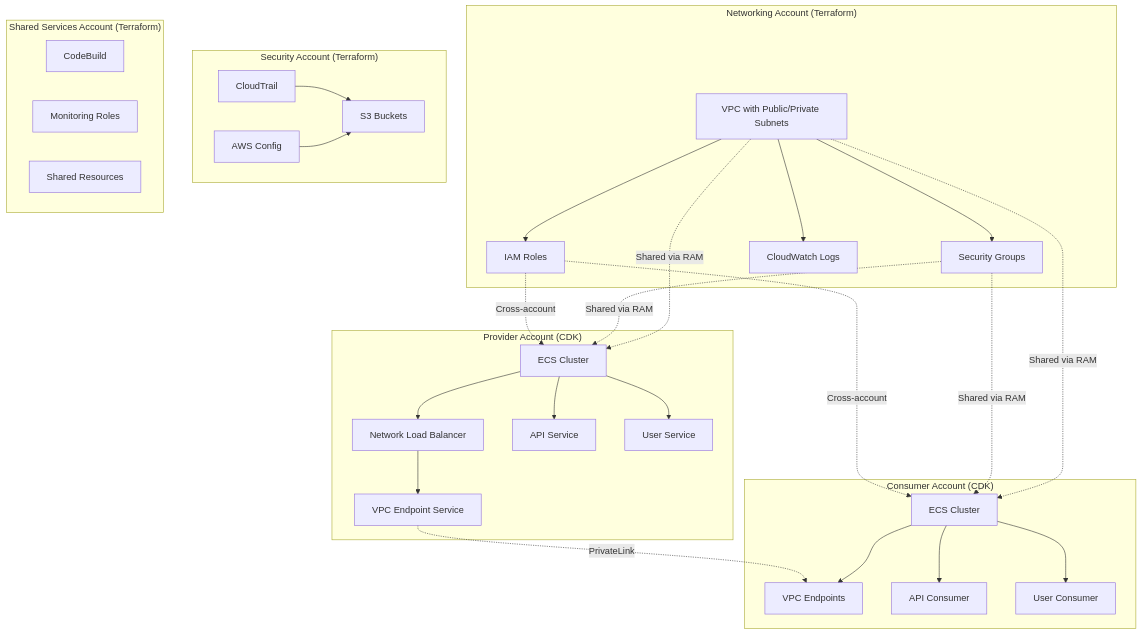
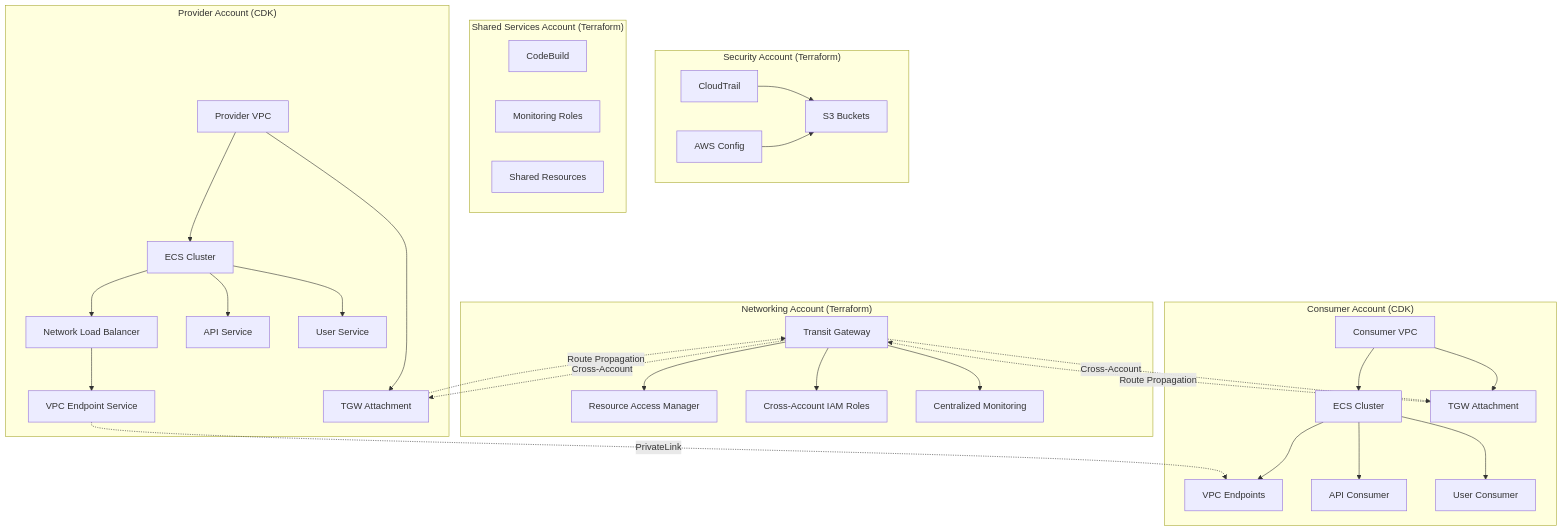
One commit to johnnymarquezv/aws-ecs-privatelink-terraform-cdk changed the diagram in README.md. Above: the diagram before and after it, drawn with Mermaid. The commit also changed other lines of this file and 9 other files, not shown here.

````diff
--- a/README.md
+++ b/README.md
@@ -16,56 +16,62 @@
 ```mermaid
 graph TB
     subgraph "Networking Account (Terraform)"
-        VPC[VPC with Public/Private Subnets]
-        SG[Security Groups]
-        IAM[IAM Roles]
-        CW[CloudWatch Logs]
-        VPC --> SG
-        VPC --> IAM
-        VPC --> CW
+        TGW[Transit Gateway]
+        RAM[Resource Access Manager]
+        IAM_ROLES[Cross-Account IAM Roles]
+        MONITORING[Centralized Monitoring]
+        TGW --> RAM
+        TGW --> IAM_ROLES
+        TGW --> MONITORING
     end
     
     subgraph "Security Account (Terraform)"
         CT[CloudTrail]
         CFG[AWS Config]
         S3_SEC[S3 Buckets]
         CT --> S3_SEC
         CFG --> S3_SEC
     end
     
     subgraph "Shared Services Account (Terraform)"
         CB[CodeBuild]
         MON[Monitoring Roles]
         SHARED[Shared Resources]
     end
     
     subgraph "Provider Account (CDK)"
+        VPC_PROV[Provider VPC]
         ECS_PROV[ECS Cluster]
         NLB[Network Load Balancer]
         VES[VPC Endpoint Service]
         API_SVC[API Service]
         USER_SVC[User Service]
+        TGW_ATT_PROV[TGW Attachment]
+        VPC_PROV --> ECS_PROV
         ECS_PROV --> NLB
         NLB --> VES
         ECS_PROV --> API_SVC
         ECS_PROV --> USER_SVC
+        VPC_PROV --> TGW_ATT_PROV
     end
     
     subgraph "Consumer Account (CDK)"
+        VPC_CONS[Consumer VPC]
         ECS_CONS[ECS Cluster]
         VEP[VPC Endpoints]
         API_CONS[API Consumer]
         USER_CONS[User Consumer]
+        TGW_ATT_CONS[TGW Attachment]
+        VPC_CONS --> ECS_CONS
         ECS_CONS --> VEP
         ECS_CONS --> API_CONS
         ECS_CONS --> USER_CONS
+        VPC_CONS --> TGW_ATT_CONS
     end
     
     VES -.->|PrivateLink| VEP
-    VPC -.->|Shared via RAM| ECS_PROV
-    VPC -.->|Shared via RAM| ECS_CONS
-    SG -.->|Shared via RAM| ECS_PROV
-    SG -.->|Shared via RAM| ECS_CONS
-    IAM -.->|Cross-account| ECS_PROV
-    IAM -.->|Cross-account| ECS_CONS
+    TGW -.->|Cross-Account| TGW_ATT_PROV
+    TGW -.->|Cross-Account| TGW_ATT_CONS
+    TGW_ATT_PROV -.->|Route Propagation| TGW
+    TGW_ATT_CONS -.->|Route Propagation| TGW
 ```
````
